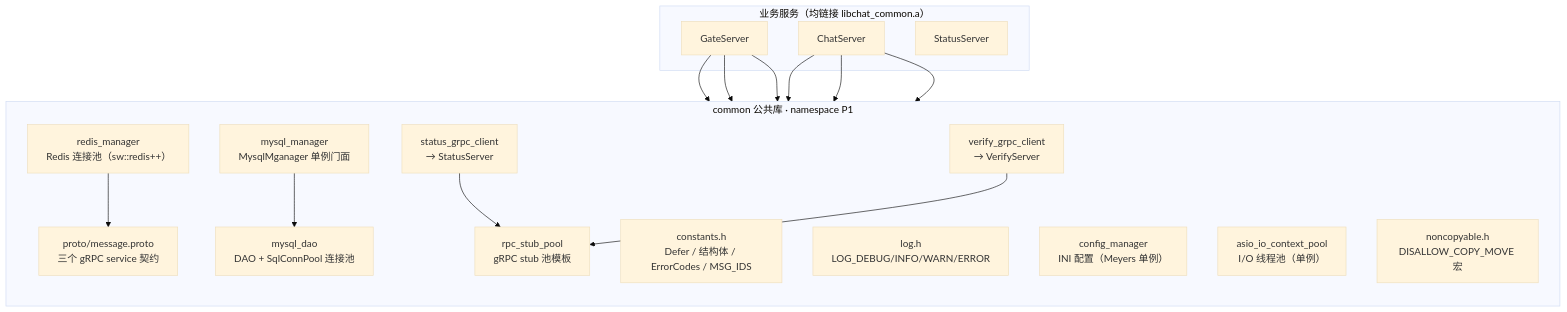
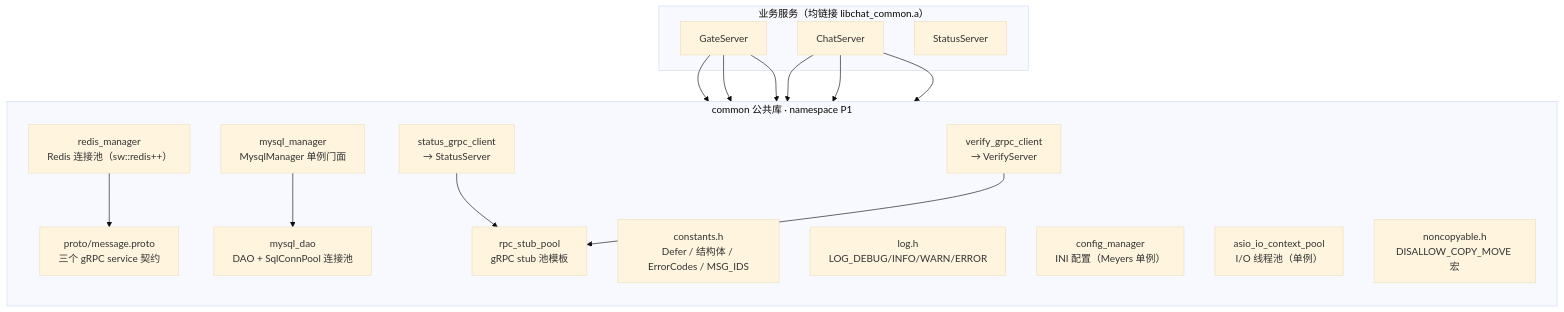
The diagram in Servers/common/README.md (codeT2001/MyChat), drawn with Mermaid (base theme) before and after one commit. The commit also changed other lines of this file and 31 other files, not shown here.

````diff
--- a/Servers/common/README.md
+++ b/Servers/common/README.md
@@ -11,35 +11,35 @@
 ```mermaid
 graph TB
     subgraph servers["业务服务（均链接 libchat_common.a）"]
         Gate["GateServer"]
         Chat["ChatServer"]
         Status["StatusServer"]
     end
 
     subgraph common["common 公共库 · namespace P1"]
         direction TB
         Proto["proto/message.proto<br/>三个 gRPC service 契约"]
         Const["constants.h<br/>Defer / 结构体 / ErrorCodes / MSG_IDS"]
         Log["log.h<br/>LOG_DEBUG/INFO/WARN/ERROR"]
         Cfg["config_manager<br/>INI 配置（Meyers 单例）"]
         Pool["asio_io_context_pool<br/>I/O 线程池（单例）"]
         Redis["redis_manager<br/>Redis 连接池（sw::redis++）"]
         MyDao["mysql_dao<br/>DAO + SqlConnPool 连接池"]
-        MyMgr["mysql_manager<br/>MysqlMganager 单例门面"]
+    MyMgr["mysql_manager<br/>MysqlManager 单例门面"]
         StubPool["rpc_stub_pool<br/>gRPC stub 池模板"]
         StatusCli["status_grpc_client<br/>→ StatusServer"]
         VerifyCli["verify_grpc_client<br/>→ VerifyServer"]
         NC["noncopyable.h<br/>DISALLOW_COPY_MOVE 宏"]
     end
 
     Gate --> VerifyCli
     Gate --> StatusCli
     Chat --> StatusCli
     Chat --> StubPool
     Gate --> MyMgr
     Chat --> MyMgr
     MyMgr --> MyDao
     Redis --> Proto
     StatusCli --> StubPool
     VerifyCli --> StubPool
 ```
````
